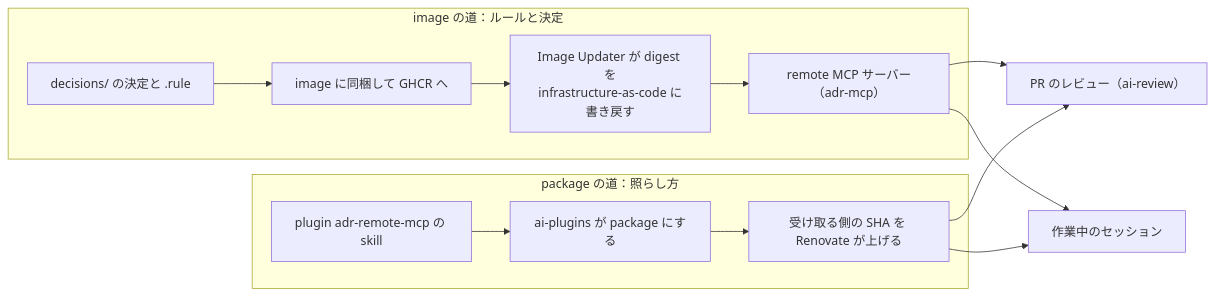
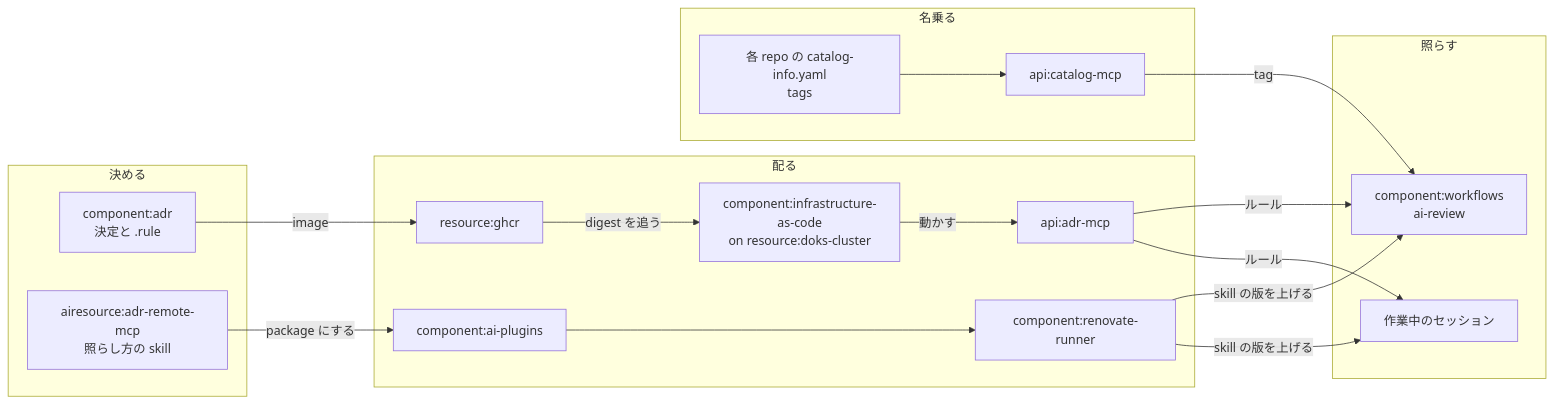
One commit to boykush/adr changed the diagram in docs/index.md. Above: the diagram before and after it, drawn with Mermaid. The commit also changed other lines of this file, not shown here.

First line of the commit message:
Show who takes part in the adr System and what each one does

````diff
--- a/docs/index.md
+++ b/docs/index.md
@@ -78,16 +17,29 @@
 ```mermaid
 flowchart LR
-  subgraph rules["image の道：ルールと決定"]
-    D["decisions/ の決定と .rule"] --> IMG["image に同梱して GHCR へ"]
-    IMG --> IU["Image Updater が digest を<br/>infrastructure-as-code に書き戻す"]
-    IU --> MCP["remote MCP サーバー（adr-mcp）"]
+  subgraph decide["決める"]
+    ADR["component:adr<br/>決定と .rule"]
+    PL["airesource:adr-remote-mcp<br/>照らし方の skill"]
   end
-  subgraph how["package の道：照らし方"]
-    P["plugin adr-remote-mcp の skill"] --> PKG["ai-plugins が package にする"]
-    PKG --> PIN["受け取る側の SHA を Renovate が上げる"]
+  subgraph deliver["配る"]
+    GHCR["resource:ghcr"]
+    IAC["component:infrastructure-as-code<br/>on resource:doks-cluster"]
+    API["api:adr-mcp"]
+    AIP["component:ai-plugins"]
+    REN["component:renovate-runner"]
   end
-  MCP --> R["PR のレビュー（ai-review）"]
-  MCP --> S["作業中のセッション"]
-  PIN --> R
-  PIN --> S
+  subgraph check["照らす"]
+    WF["component:workflows<br/>ai-review"]
+    SES["作業中のセッション"]
+  end
+  subgraph declare["名乗る"]
+    CI["各 repo の catalog-info.yaml<br/>tags"]
+    CAT["api:catalog-mcp"]
+  end
+  ADR -->|image| GHCR -->|digest を追う| IAC -->|動かす| API
+  PL -->|package にする| AIP --> REN
+  REN -->|skill の版を上げる| WF
+  REN -->|skill の版を上げる| SES
+  API -->|ルール| WF
+  API -->|ルール| SES
+  CI --> CAT -->|tag| WF
 ```
````
